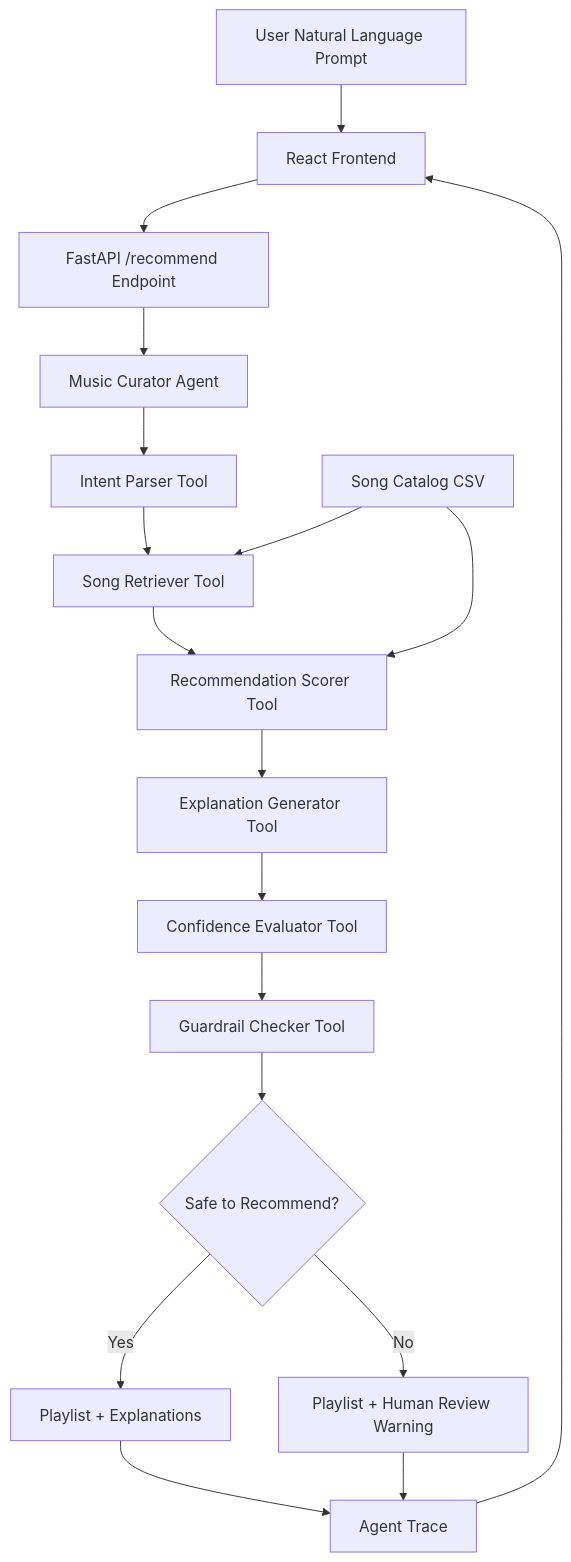
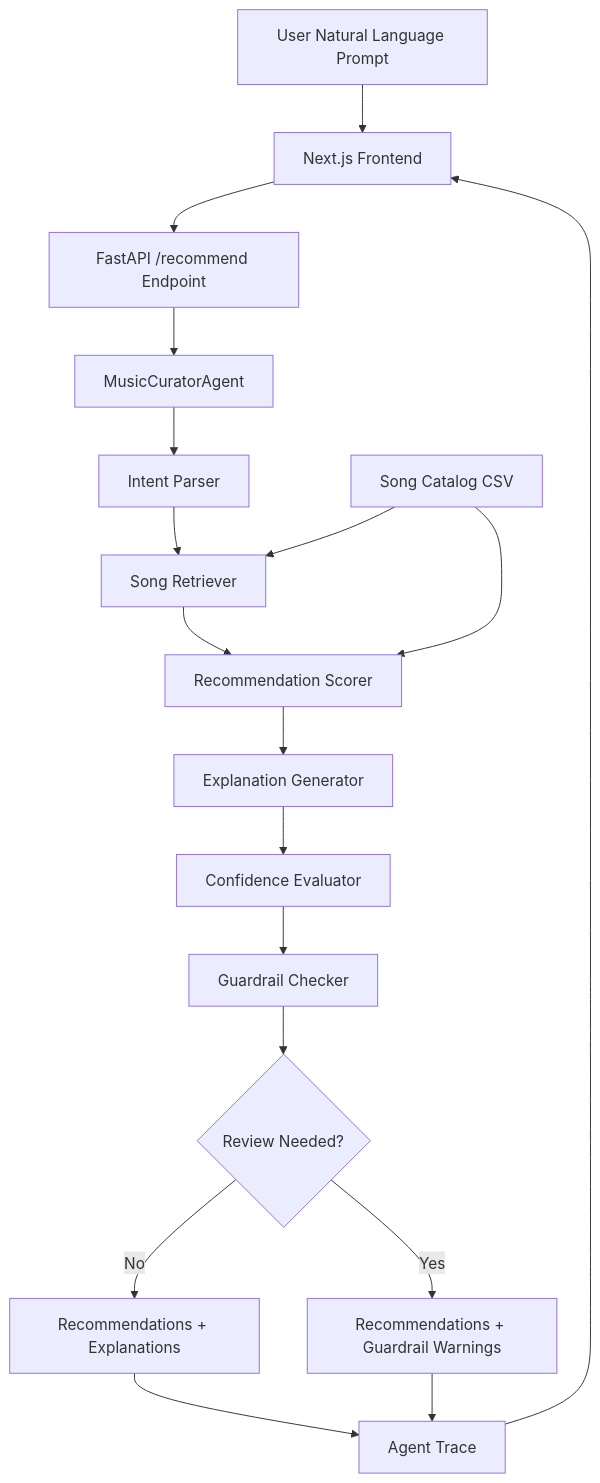
The diagram in README.md (fiyinfoluwaafol/applied-ai-system-project), drawn with Mermaid before and after one commit. The commit also changed other lines of this file, not shown here.

````diff
--- a/README.md
+++ b/README.md
@@ -53,24 +25,24 @@
 ```mermaid
 flowchart TD
-    A[User Natural Language Prompt] --> B[React Frontend]
+    A[User Natural Language Prompt] --> B[Next.js Frontend]
     B --> C[FastAPI /recommend Endpoint]
-    C --> D[Music Curator Agent]
+    C --> D[MusicCuratorAgent]
 
-    D --> E[Intent Parser Tool]
-    E --> F[Song Retriever Tool]
-    F --> G[Recommendation Scorer Tool]
-    G --> H[Explanation Generator Tool]
-    H --> I[Confidence Evaluator Tool]
-    I --> J[Guardrail Checker Tool]
+    D --> E[Intent Parser]
+    E --> F[Song Retriever]
+    F --> G[Recommendation Scorer]
+    G --> H[Explanation Generator]
+    H --> I[Confidence Evaluator]
+    I --> J[Guardrail Checker]
 
-    J --> K{Safe to Recommend?}
-    K -->|Yes| L[Playlist + Explanations]
-    K -->|No| M[Playlist + Human Review Warning]
+    J --> K{Review Needed?}
+    K -->|No| L[Recommendations + Explanations]
+    K -->|Yes| M[Recommendations + Guardrail Warnings]
 
     L --> N[Agent Trace]
     M --> N
     N --> B
 
     O[Song Catalog CSV] --> F
     O --> G
 ```
````
